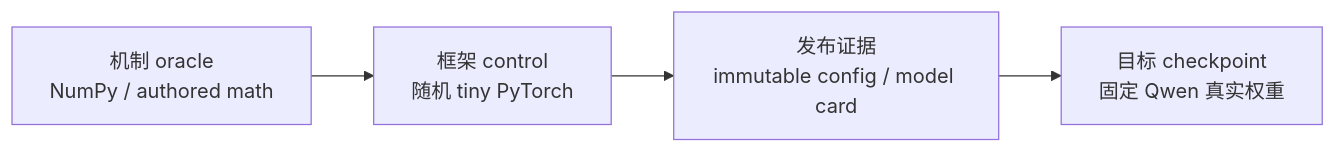
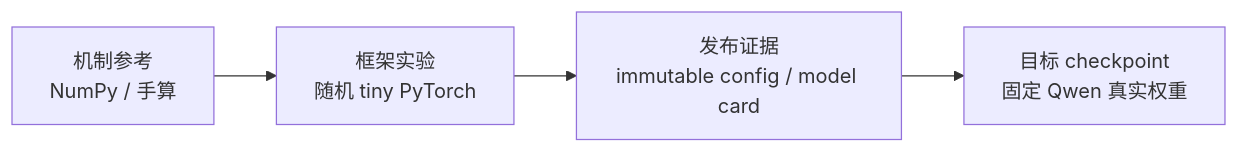
Before and after one commit to NightLemon/about-llm: the first of 2 diagrams in docs/evidence/transformers-controls.md, drawn with Mermaid. The commit also changed other lines of this file and 19 other files, not shown here.

```diff
--- a/docs/evidence/transformers-controls.md
+++ b/docs/evidence/transformers-controls.md
@@ -31,6 +34,6 @@
 ~~~mermaid
 flowchart LR
-    A["机制 oracle<br/>NumPy / authored math"] --> B["框架 control<br/>随机 tiny PyTorch"]
+    A["机制参考<br/>NumPy / 手算"] --> B["框架实验<br/>随机 tiny PyTorch"]
     B --> C["发布证据<br/>immutable config / model card"]
     C --> D["目标 checkpoint<br/>固定 Qwen 真实权重"]
 ~~~
```
